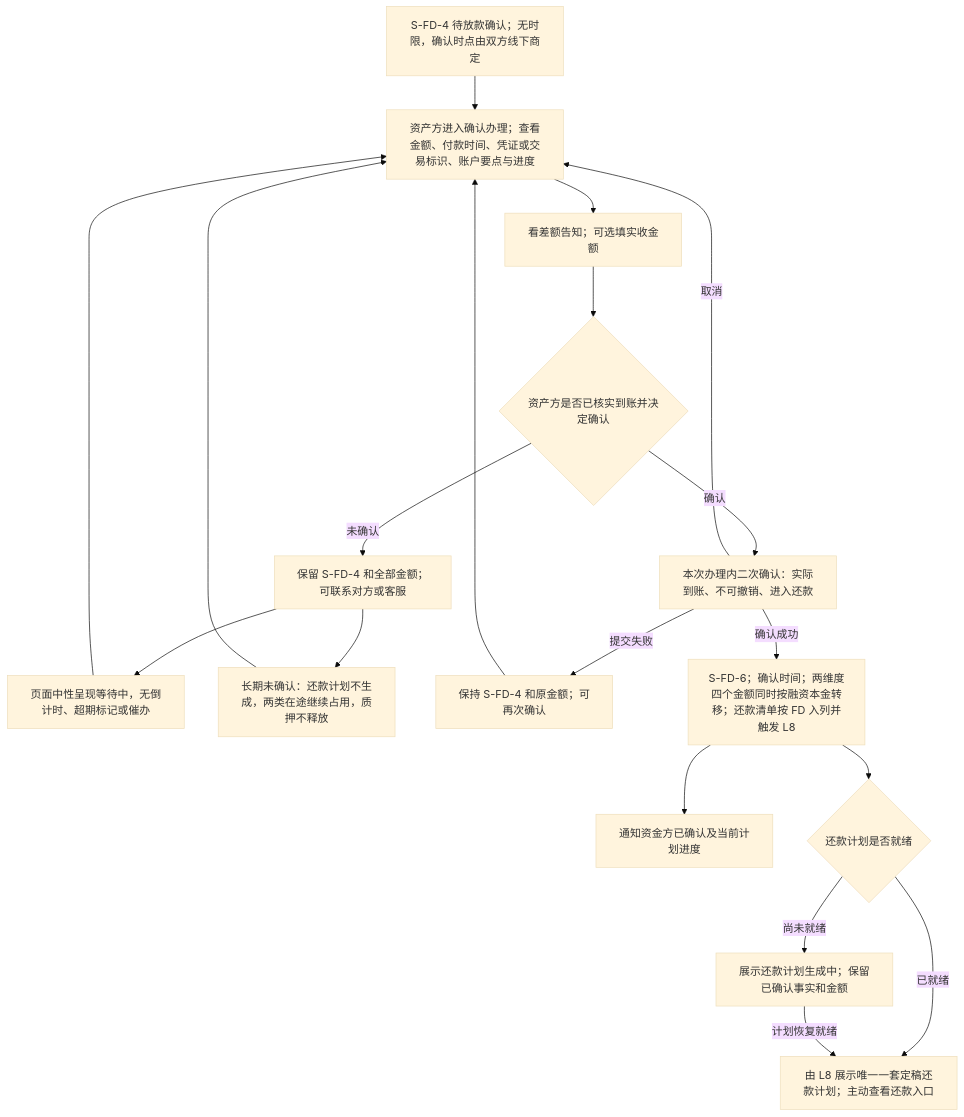
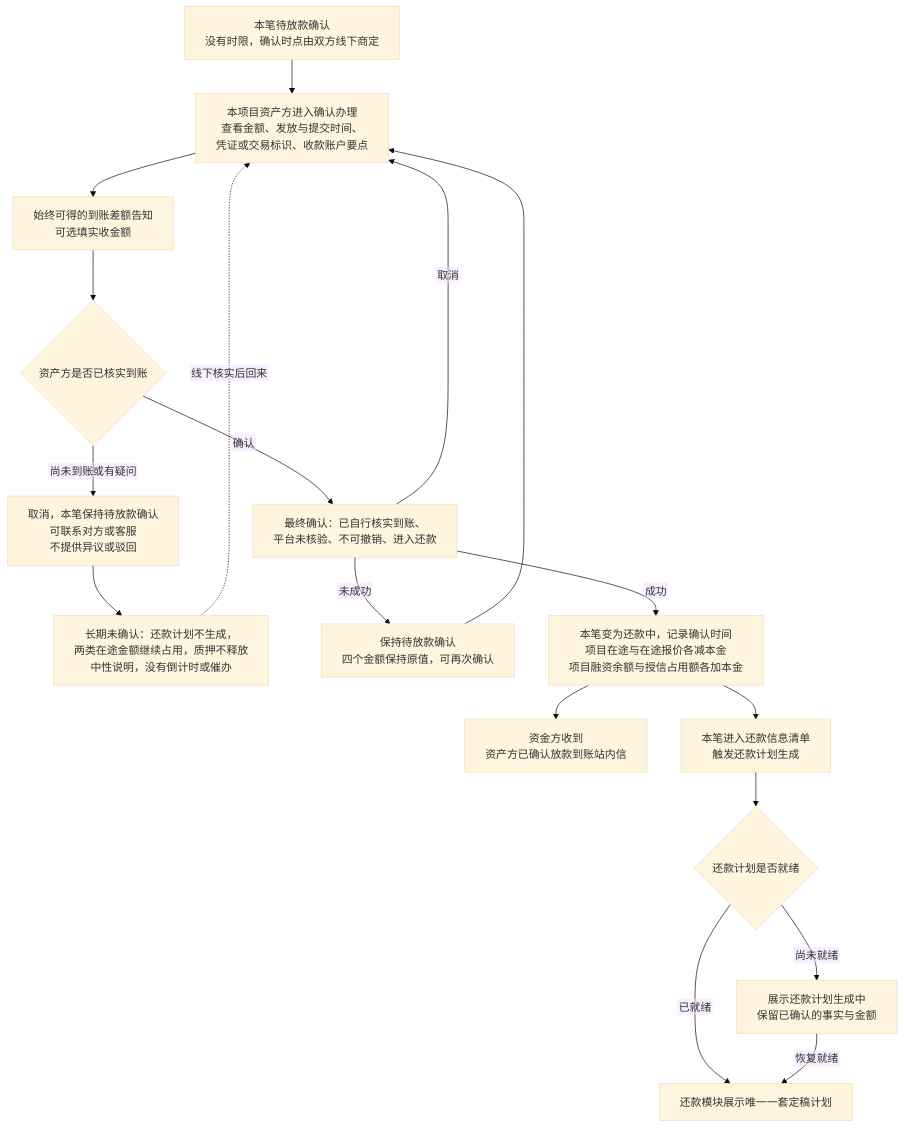
The third of 4 diagrams in lending-platform/PRD/面客端/07-借贷广场-放款与放款确认/02-放款与放款确认-流程图与状态机.md (wxblockchain/Chain-Financing), drawn with Mermaid (base theme) before and after one commit. The commit also changed other lines of this file and 6 other files, not shown here.

````diff
--- a/lending-platform/PRD/面客端/07-借贷广场-放款与放款确认/02-放款与放款确认-流程图与状态机.md
+++ b/lending-platform/PRD/面客端/07-借贷广场-放款与放款确认/02-放款与放款确认-流程图与状态机.md
@@ -79,21 +73,21 @@
 ```mermaid
+%%{init: {"flowchart": {"htmlLabels": false, "wrappingWidth": 400}}}%%
 flowchart TD
-  A[S-FD-4 待放款确认；无时限，确认时点由双方线下商定] --> B[资产方进入确认办理；查看金额、付款时间、凭证或交易标识、账户要点与进度]
-  B --> C[看差额告知；可选填实收金额]
-  C --> D{资产方是否已核实到账并决定确认}
-  D -->|未确认| E[保留 S-FD-4 和全部金额；可联系对方或客服]
-  E --> F[页面中性呈现等待中，无倒计时、超期标记或催办]
-  F --> B
-  E --> G[长期未确认：还款计划不生成，两类在途继续占用，质押不释放]
-  G --> B
-  D -->|确认| J[本次办理内二次确认：实际到账、不可撤销、进入还款]
-  J -->|取消| B
-  J -->|提交失败| K[保持 S-FD-4 和原金额；可再次确认]
-  K --> B
-  J -->|确认成功| L[S-FD-6；确认时间；两维度四个金额同时按融资本金转移；还款清单按 FD 入列并触发 L8]
-  L --> M[通知资金方已确认及当前计划进度]
-  L --> N{还款计划是否就绪}
-  N -->|已就绪| O[由 L8 展示唯一一套定稿还款计划；主动查看还款入口]
-  N -->|尚未就绪| P[展示还款计划生成中；保留已确认事实和金额]
-  P -->|计划恢复就绪| O
+  A["本笔待放款确认<br/>没有时限，确认时点由双方线下商定"] --> B["本项目资产方进入确认办理<br/>查看金额、发放与提交时间、<br/>凭证或交易标识、收款账户要点"]
+  B --> C["始终可得的到账差额告知<br/>可选填实收金额"]
+  C --> D{"资产方是否已核实到账"}
+  D -->|"尚未到账或有疑问"| E["取消，本笔保持待放款确认<br/>可联系对方或客服<br/>不提供异议或驳回"]
+  E --> F["长期未确认：还款计划不生成，<br/>两类在途金额继续占用，质押不释放<br/>中性说明，没有倒计时或催办"]
+  F -.->|"线下核实后回来"| B
+  D -->|"确认"| G["最终确认：已自行核实到账、<br/>平台未核验、不可撤销、进入还款"]
+  G -->|"取消"| B
+  G -->|"未成功"| H["保持待放款确认<br/>四个金额保持原值，可再次确认"]
+  H --> B
+  G -->|"成功"| I["本笔变为还款中，记录确认时间<br/>项目在途与在途报价各减本金<br/>项目融资余额与授信占用额各加本金"]
+  I --> J["资金方收到<br/>资产方已确认放款到账站内信"]
+  I --> K["本笔进入还款信息清单<br/>触发还款计划生成"]
+  K --> L{"还款计划是否就绪"}
+  L -->|"已就绪"| M["还款模块展示唯一一套定稿计划"]
+  L -->|"尚未就绪"| N["展示还款计划生成中<br/>保留已确认的事实与金额"]
+  N -->|"恢复就绪"| M
 ```
````
